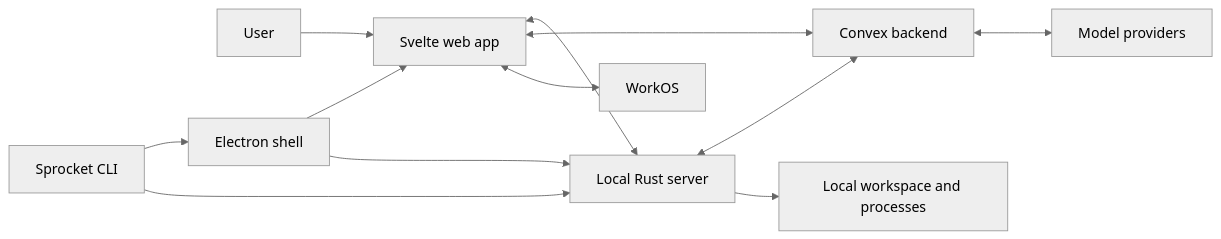
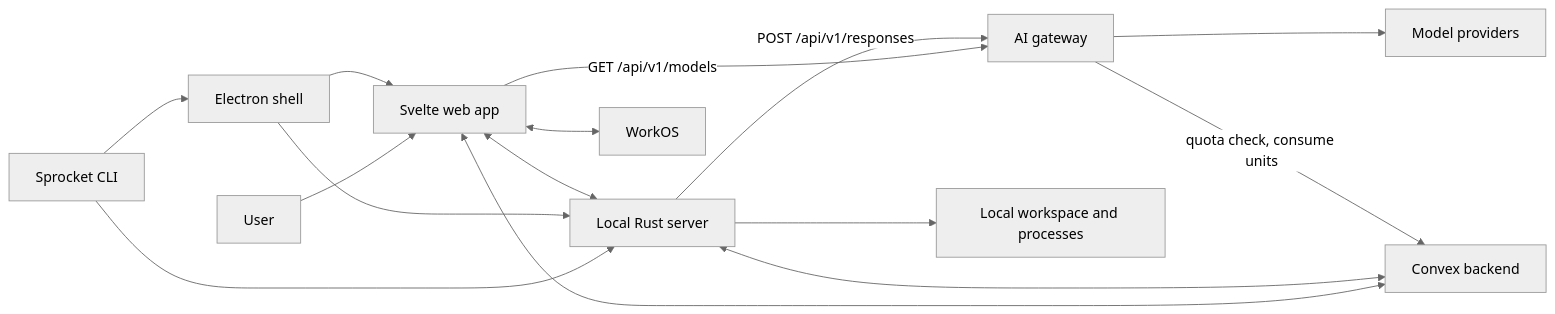
The first of 2 diagrams in ARCHITECTURE.md (spikonado/sprocket), drawn with Mermaid (neutral theme) before and after one commit. The commit also changed other lines of this file and 147 other files, not shown here.

Commit message:
perf: Keep transcripts local and use Spikonado AI Gateway for completions (#216)

````diff
--- a/ARCHITECTURE.md
+++ b/ARCHITECTURE.md
@@ -27,14 +27,17 @@
 ```mermaid
 flowchart LR
     User[User] --> Web[Svelte web app]
     CLI[Sprocket CLI] --> Desktop[Electron shell]
     Desktop --> Web
     CLI --> Local[Local Rust server]
     Desktop --> Local
     Web <--> Local
     Web <--> Convex[Convex backend]
     Local <--> Convex
-    Convex <--> Models[Model providers]
+    Web -->|"GET /api/v1/models"| Gateway[AI gateway]
+    Local -->|"POST /api/v1/responses"| Gateway
+    Gateway --> Providers[Model providers]
+    Gateway -->|"quota check, consume units"| Convex
     Web <--> Auth[WorkOS]
     Local --> Workspace[Local workspace and processes]
 ```
````
